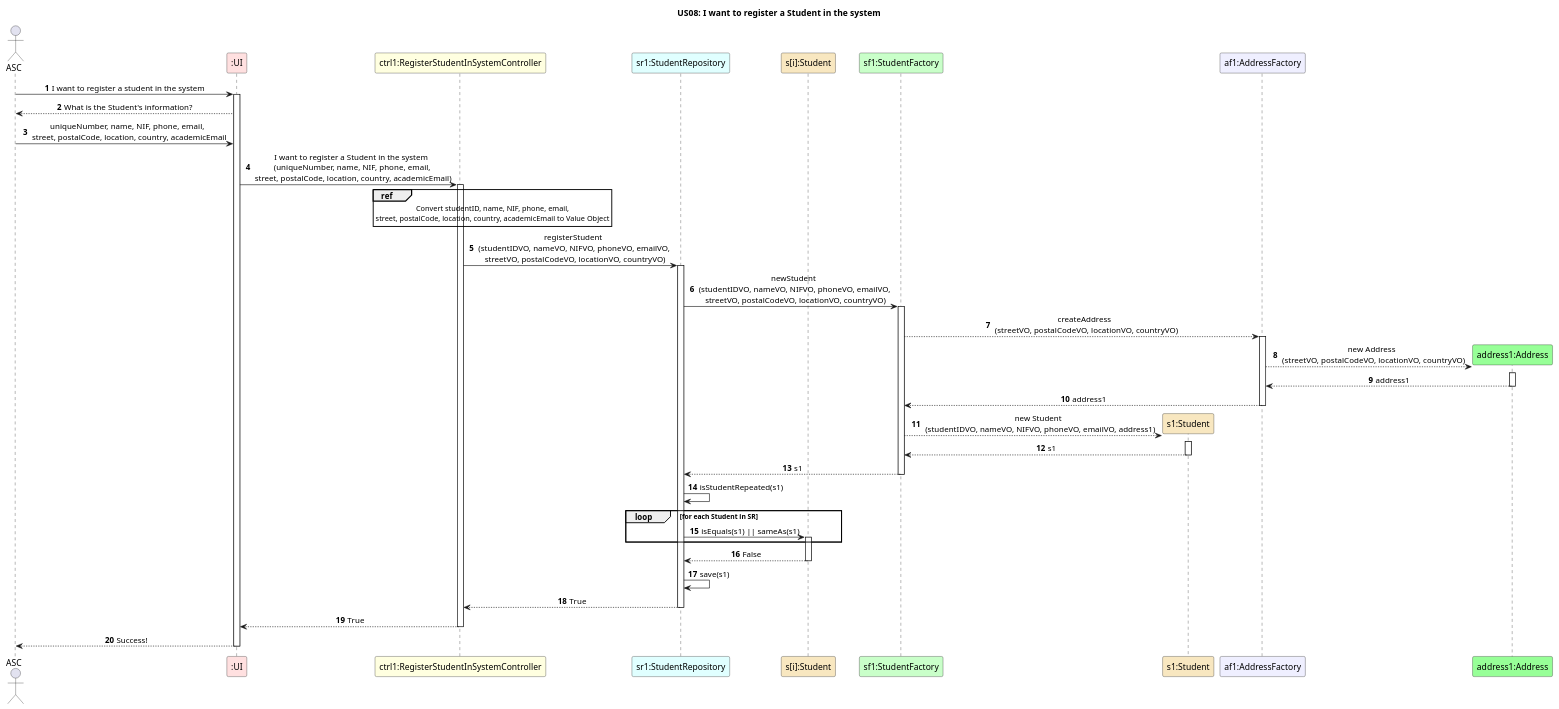
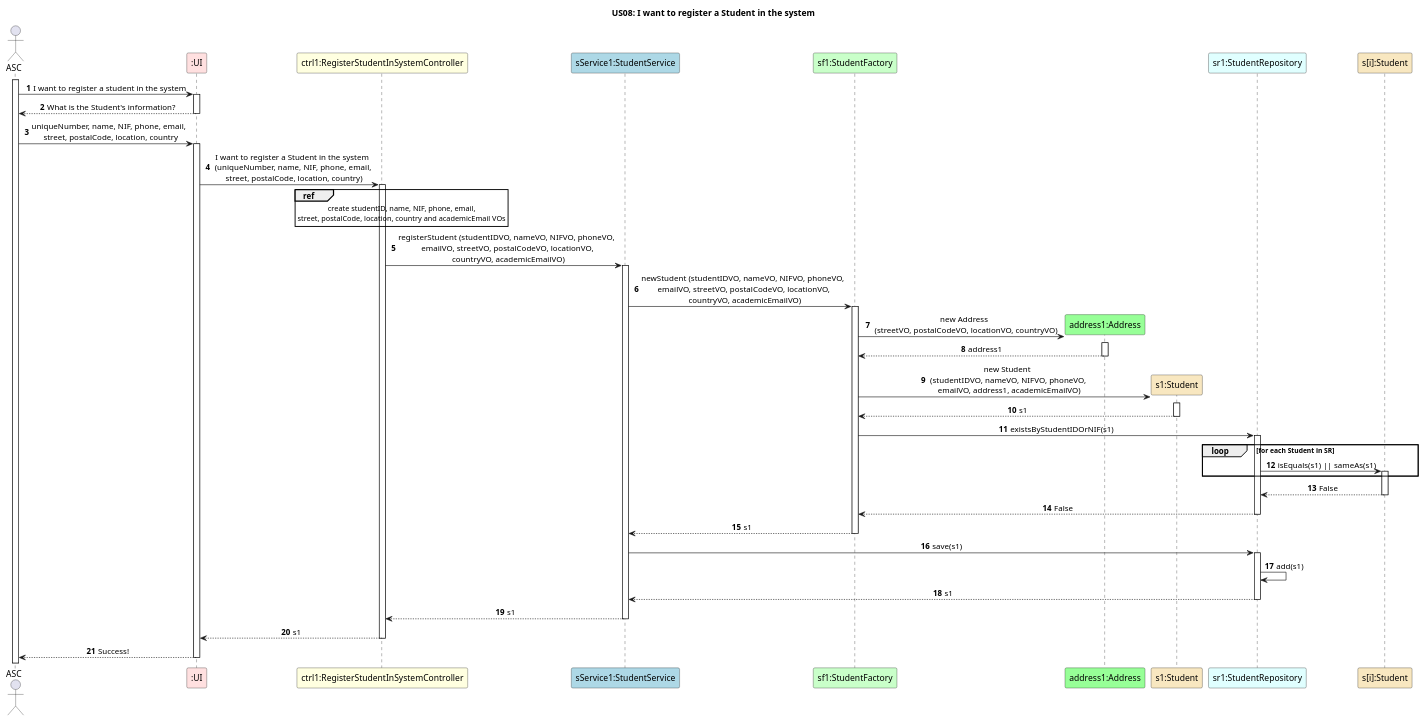
Before and after one commit to GasparISEP/DevOps-PAI: the diagram in docs/US08/Documentation_Memory/US08_SequenceDiagram.puml, drawn with PlantUML.

Commit message:
Ref #269: Update memory persistence sequence diagram to reflect changes made in code structure for database persistence

```diff
--- a/docs/US08/Documentation_Memory/US08_SequenceDiagram.puml
+++ b/docs/US08/Documentation_Memory/US08_SequenceDiagram.puml
@@ -1,70 +1,71 @@
 @startuml
 autonumber
 skinparam sequenceMessageAlign center
 title US08: I want to register a Student in the system
 
 actor ASC
 participant ":UI" as UI #implementation
 participant "ctrl1:RegisterStudentInSystemController" as ctrl #lightyellow
+participant "sService1:StudentService" as service #lightblue
+participant "sf1:StudentFactory" as SF #technology
+participant "address1:Address" as A #physical
+participant "s1:Student" as s1 #strategy
 participant "sr1:StudentRepository" as SR #lightcyan
 participant "s[i]:Student" as Student #strategy
-participant "sf1:StudentFactory" as SF #technology
-participant "s1:Student" as s1 #strategy
-participant "af1:AddressFactory" as AF #motivation
-participant "address1:Address" as A #physical
 
+activate ASC
 ASC -> UI: I want to register a student in the system
 activate UI
 UI --> ASC: What is the Student's information?
-ASC -> UI: uniqueNumber, name, NIF, phone, email, \n street, postalCode, location, country, academicEmail
-
-UI -> ctrl: I want to register a Student in the system \n (uniqueNumber, name, NIF, phone, email, \n street, postalCode, location, country, academicEmail)
+deactivate UI
+ASC -> UI: uniqueNumber, name, NIF, phone, email, \n street, postalCode, location, country
+activate UI
+UI -> ctrl: I want to register a Student in the system \n (uniqueNumber, name, NIF, phone, email, \n street, postalCode, location, country)
 activate ctrl
 
 ref over ctrl
-    Convert studentID, name, NIF, phone, email,
-    street, postalCode, location, country, academicEmail to Value Object
+    create studentID, name, NIF, phone, email,
+    street, postalCode, location, country and academicEmail VOs
 end ref
 
-ctrl -> SR: registerStudent \n (studentIDVO, nameVO, NIFVO, phoneVO, emailVO, \n streetVO, postalCodeVO, locationVO, countryVO)
-activate SR
+ctrl -> service: registerStudent (studentIDVO, nameVO, NIFVO, phoneVO, \n emailVO, streetVO, postalCodeVO, locationVO, \n countryVO, academicEmailVO)
+activate service
 
-SR -> SF: newStudent \n (studentIDVO, nameVO, NIFVO, phoneVO, emailVO, \n streetVO, postalCodeVO, locationVO, countryVO)
+service -> SF: newStudent (studentIDVO, nameVO, NIFVO, phoneVO, \n emailVO, streetVO, postalCodeVO, locationVO, \n countryVO, academicEmailVO)
 activate SF
 
-SF --> AF: createAddress \n (streetVO, postalCodeVO, locationVO, countryVO)
-activate AF
-
-AF --> A**: new Address \n (streetVO, postalCodeVO, locationVO, countryVO)
+SF -> A**: new Address \n (streetVO, postalCodeVO, locationVO, countryVO)
 activate A
-A --> AF: address1
+A --> SF: address1
 deactivate A
 
-AF --> SF: address1
-deactivate AF
-SF --> s1**: new Student \n (studentIDVO, nameVO, NIFVO, phoneVO, emailVO, address1)
+SF -> s1**: new Student \n (studentIDVO, nameVO, NIFVO, phoneVO, \n emailVO, address1, academicEmailVO)
 activate s1
 s1 --> SF: s1
 deactivate s1
-SF --> SR: s1
-deactivate SF
-
-SR -> SR : isStudentRepeated(s1)
-
+SF -> SR: existsByStudentIDOrNIF(s1)
+activate SR
 loop for each Student in SR
     SR -> Student: isEquals(s1) || sameAs(s1)
     activate Student
 end
 
 Student --> SR : False
 deactivate Student
-
-SR -> SR: save(s1)
-SR --> ctrl: True
+SR --> SF: False
 deactivate SR
-ctrl --> UI: True
+SF --> service: s1
+deactivate SF
+service -> SR: save(s1)
+activate SR
+SR -> SR: add(s1)
+SR --> service: s1
+deactivate SR
+service --> ctrl : s1
+deactivate service
+ctrl --> UI: s1
 deactivate ctrl
 UI --> ASC: Success!
 deactivate UI
 
 @enduml
```
